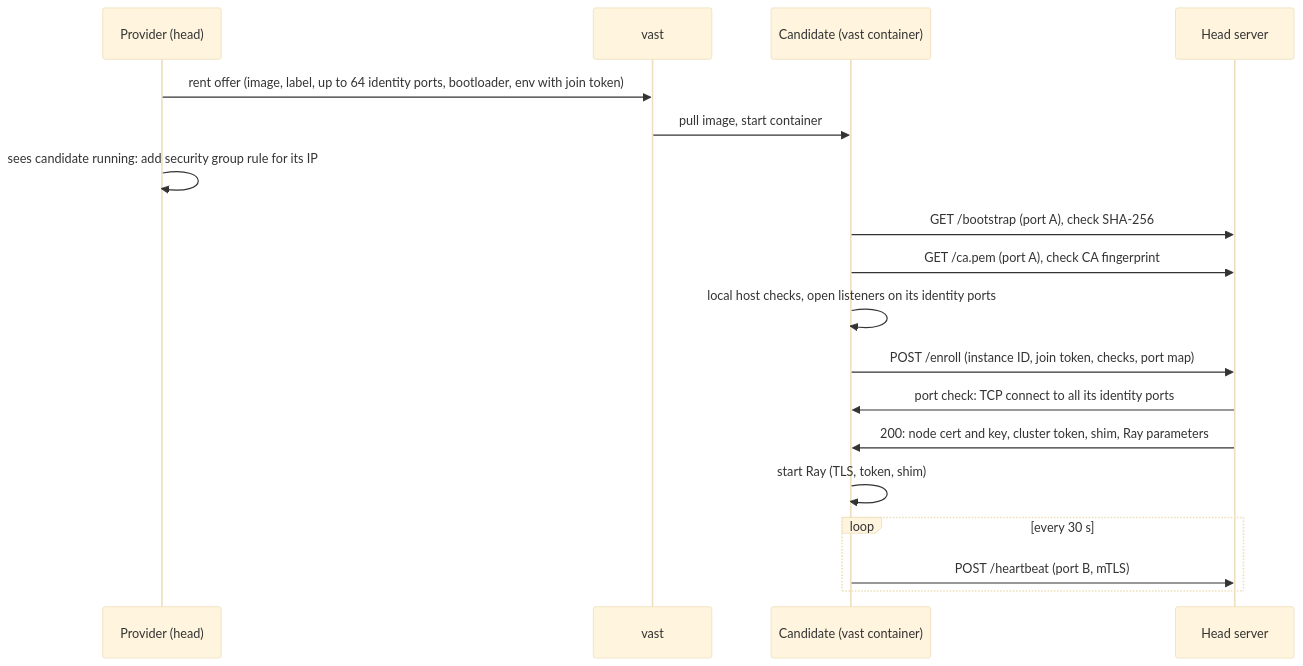
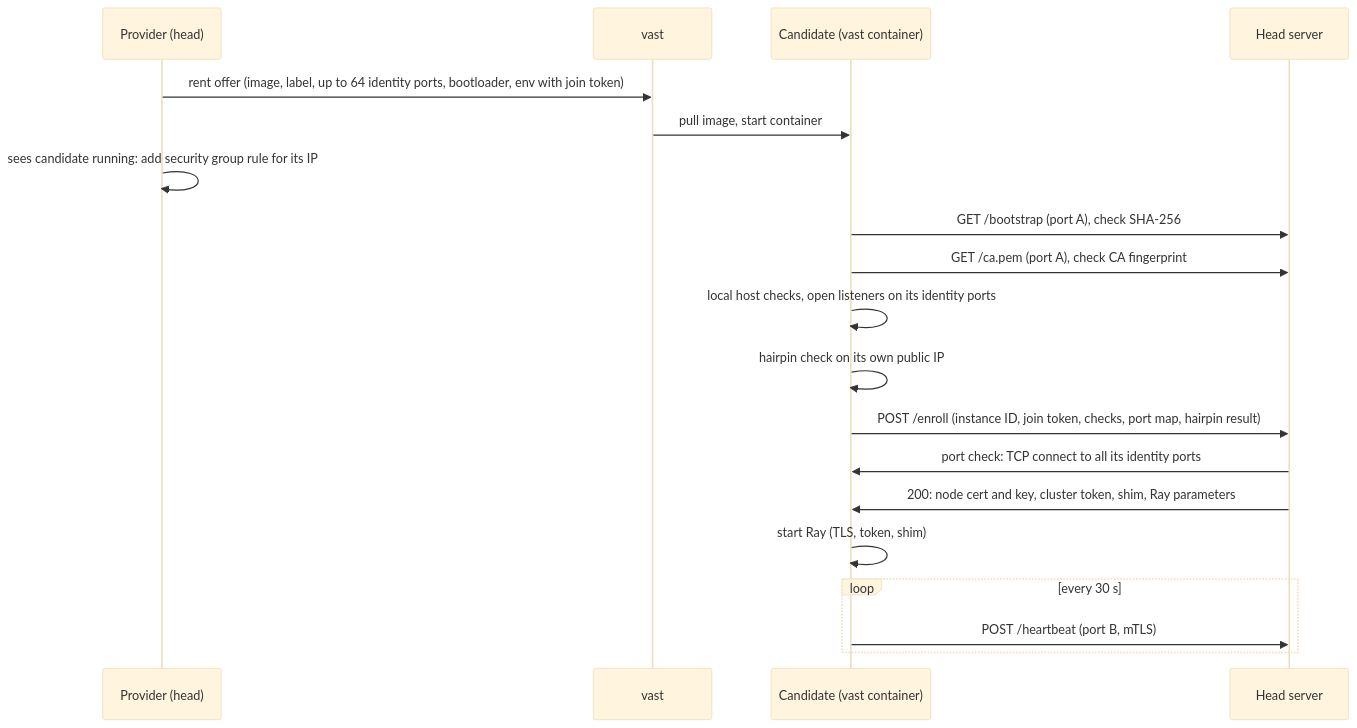
The second of 2 diagrams in docs/explanation/architecture.md (duc-ph/ray-vast), drawn with Mermaid (base theme) before and after one commit. The commit also changed other lines of this file and 25 other files, not shown here.

First line of the commit message:
Hairpin check and own-ports shim rule for workers on one public IP

````diff
--- a/docs/explanation/architecture.md
+++ b/docs/explanation/architecture.md
@@ -129,20 +144,21 @@
 ```mermaid
 sequenceDiagram
   participant P as Provider (head)
   participant V as vast
   participant W as Candidate (vast container)
   participant H as Head server
   P->>V: rent offer (image, label, up to 64 identity ports, bootloader, env with join token)
   V->>W: pull image, start container
   P->>P: sees candidate running: add security group rule for its IP
   W->>H: GET /bootstrap (port A), check SHA-256
   W->>H: GET /ca.pem (port A), check CA fingerprint
   W->>W: local host checks, open listeners on its identity ports
-  W->>H: POST /enroll (instance ID, join token, checks, port map)
+  W->>W: hairpin check on its own public IP
+  W->>H: POST /enroll (instance ID, join token, checks, port map, hairpin result)
   H->>W: port check: TCP connect to all its identity ports
   H->>W: 200: node cert and key, cluster token, shim, Ray parameters
   W->>W: start Ray (TLS, token, shim)
   loop every 30 s
     W->>H: POST /heartbeat (port B, mTLS)
   end
 ```
````
